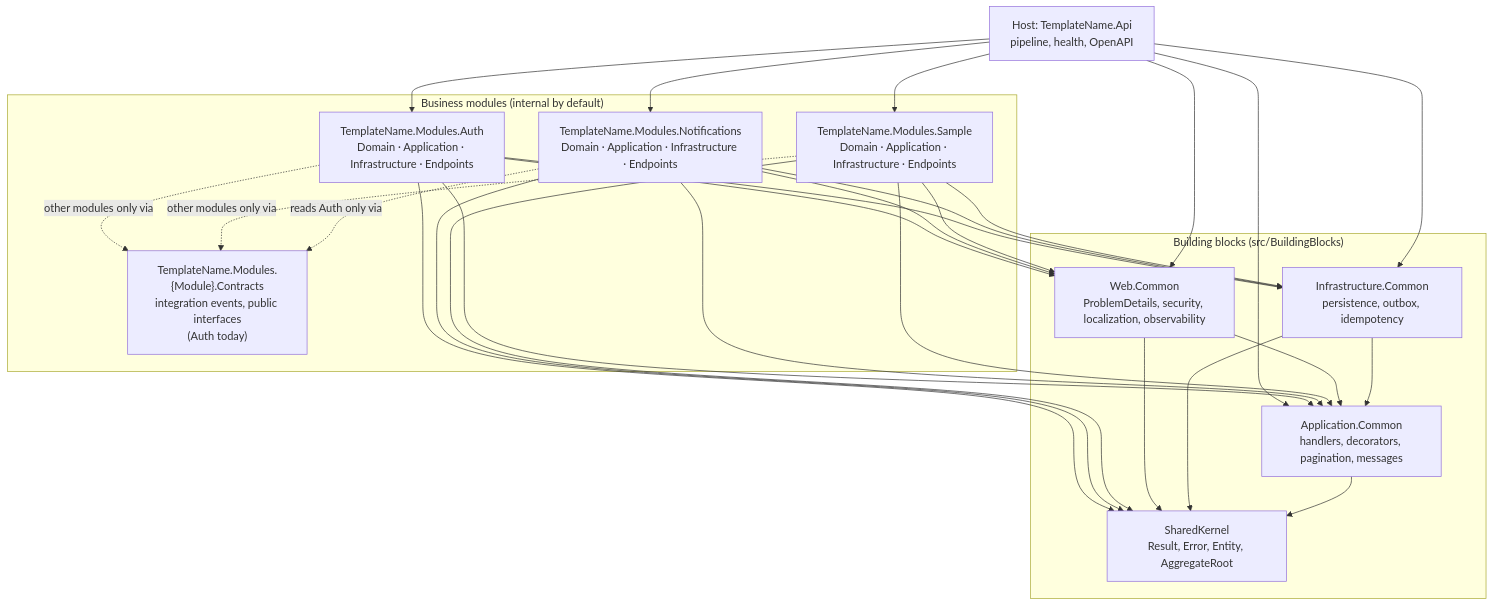
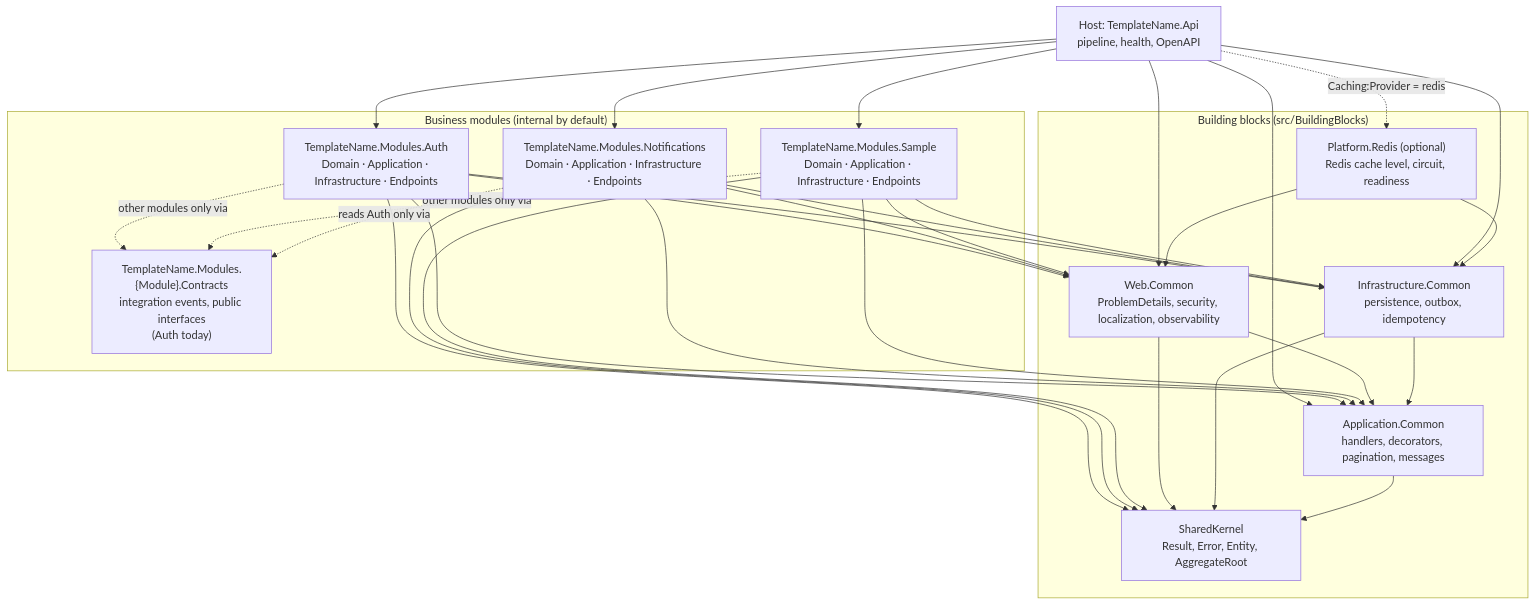
Before and after one commit to jackyjiale-oss/modulith-backend: the first of 3 diagrams in docs/architecture/overview.md, drawn with Mermaid. The commit also changed other lines of this file and 46 other files, not shown here.

First line of the commit message:
feat(platform): add the optional Redis project with a resilient cache

````diff
--- a/docs/architecture/overview.md
+++ b/docs/architecture/overview.md
@@ -7,45 +7,49 @@
 ```mermaid
 flowchart TD
     Api["Host: TemplateName.Api<br/>pipeline, health, OpenAPI"]
 
     subgraph Modules["Business modules (internal by default)"]
         Auth["TemplateName.Modules.Auth<br/>Domain · Application · Infrastructure · Endpoints"]
         Notifications["TemplateName.Modules.Notifications<br/>Domain · Application · Infrastructure · Endpoints"]
         Sample["TemplateName.Modules.Sample<br/>Domain · Application · Infrastructure · Endpoints"]
         Contracts["TemplateName.Modules.{Module}.Contracts<br/>integration events, public interfaces<br/>(Auth today)"]
     end
 
     subgraph BuildingBlocks["Building blocks (src/BuildingBlocks)"]
         Web["Web.Common<br/>ProblemDetails, security, localization, observability"]
         Infra["Infrastructure.Common<br/>persistence, outbox, idempotency"]
         App["Application.Common<br/>handlers, decorators, pagination, messages"]
         Kernel["SharedKernel<br/>Result, Error, Entity, AggregateRoot"]
+        Redis["Platform.Redis (optional)<br/>Redis cache level, circuit, readiness"]
     end
 
     Api --> Auth
     Api --> Notifications
     Api --> Sample
     Api --> Web
     Api --> Infra
     Api --> App
+    Api -. "Caching:Provider = redis" .-> Redis
     Auth -. "other modules only via" .-> Contracts
     Sample -. "other modules only via" .-> Contracts
     Notifications -. "reads Auth only via" .-> Contracts
     Auth --> Web
     Auth --> Infra
     Auth --> App
     Auth --> Kernel
     Notifications --> Web
     Notifications --> Infra
     Notifications --> App
     Notifications --> Kernel
     Sample --> Web
     Sample --> Infra
     Sample --> App
     Sample --> Kernel
     Web --> App
     Infra --> App
     Web --> Kernel
     Infra --> Kernel
     App --> Kernel
+    Redis --> Infra
+    Redis --> Web
 ```
````
